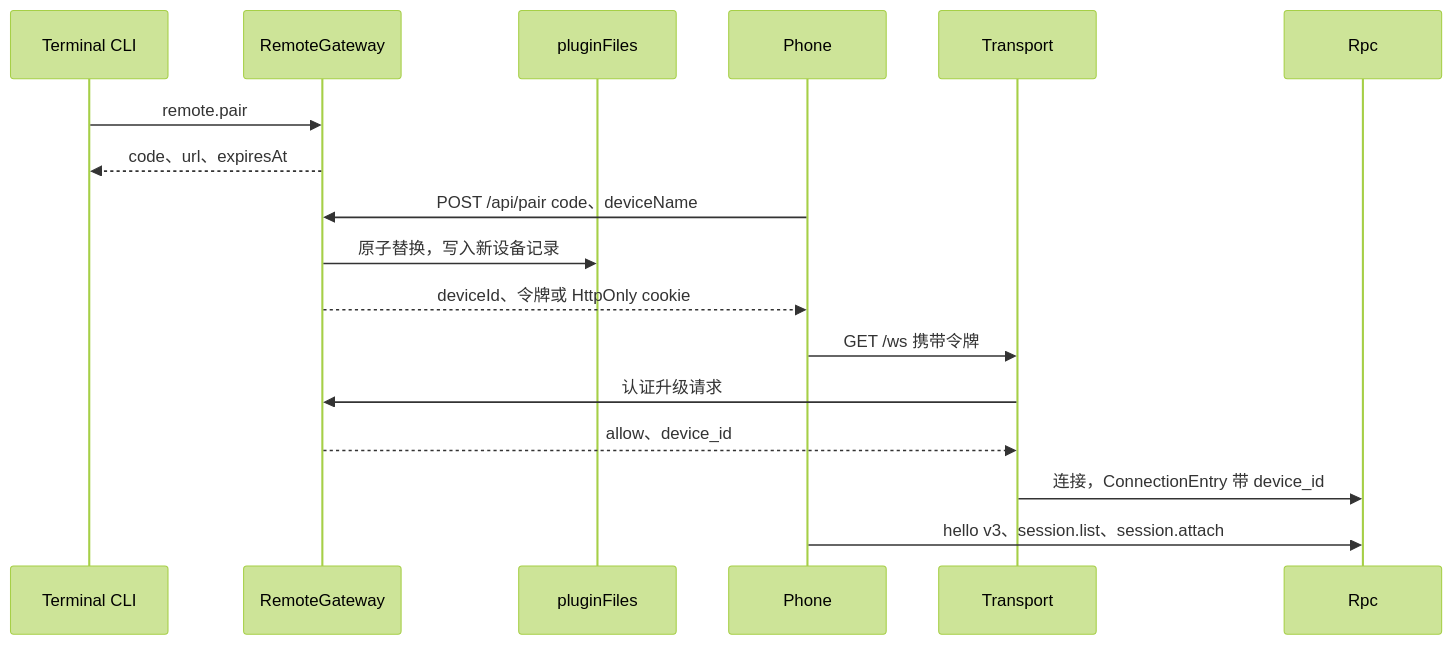
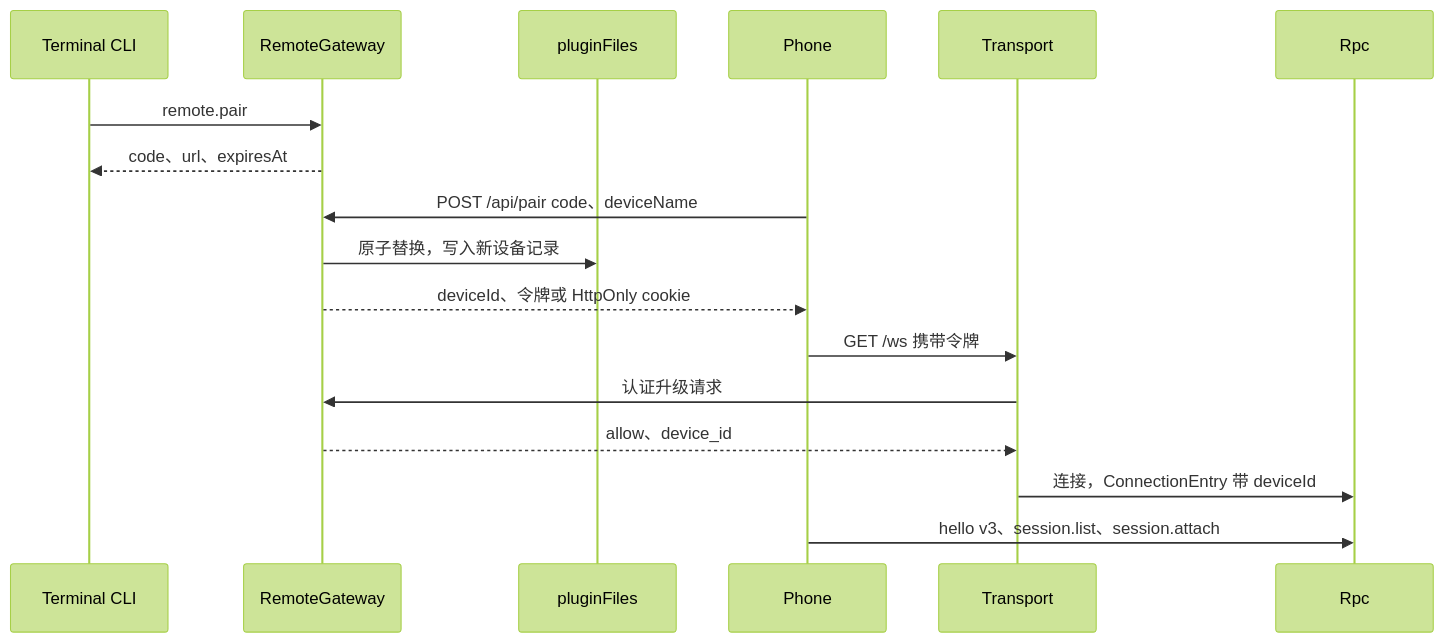
Before and after one commit to CoutinhoTTS/dim-agent: the third of 6 diagrams in docs/zh/design/plugins/RemoteGateway.md, drawn with Mermaid (forest theme). The commit also changed other lines of this file and 40 other files, not shown here.

````diff
--- a/docs/zh/design/plugins/RemoteGateway.md
+++ b/docs/zh/design/plugins/RemoteGateway.md
@@ -76,19 +78,19 @@
 ```mermaid
 sequenceDiagram
   participant U as Terminal CLI
   participant RG as RemoteGateway
   participant PS as pluginFiles
   participant D as Phone
   participant T as Transport
   participant R as Rpc
   U->>RG: remote.pair
   RG-->>U: code、url、expiresAt
   D->>RG: POST /api/pair code、deviceName
   RG->>PS: 原子替换，写入新设备记录
   RG-->>D: deviceId、令牌或 HttpOnly cookie
   D->>T: GET /ws 携带令牌
   T->>RG: 认证升级请求
   RG-->>T: allow、device_id
-  T->>R: 连接，ConnectionEntry 带 device_id
+  T->>R: 连接，ConnectionEntry 带 deviceId
   D->>R: hello v3、session.list、session.attach
 ```
````
